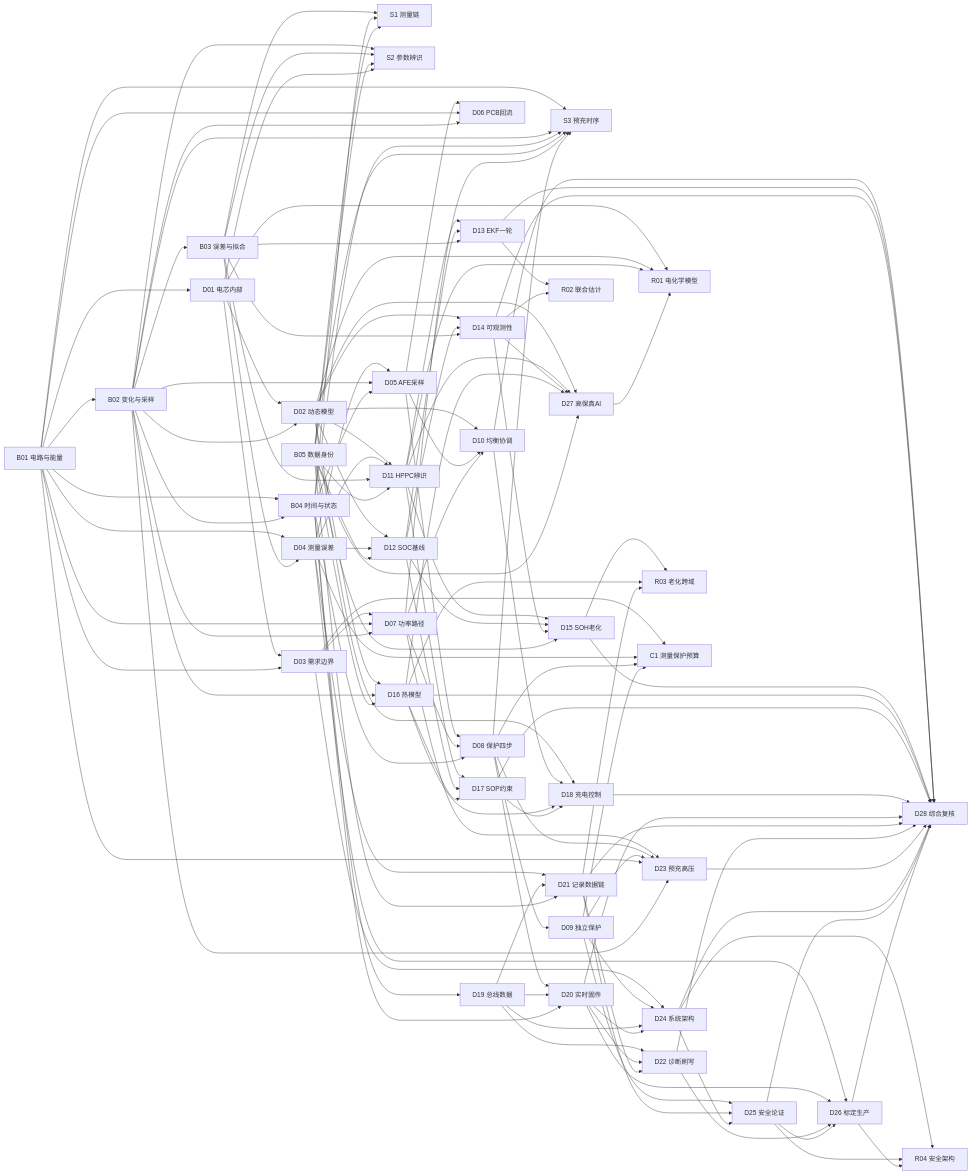
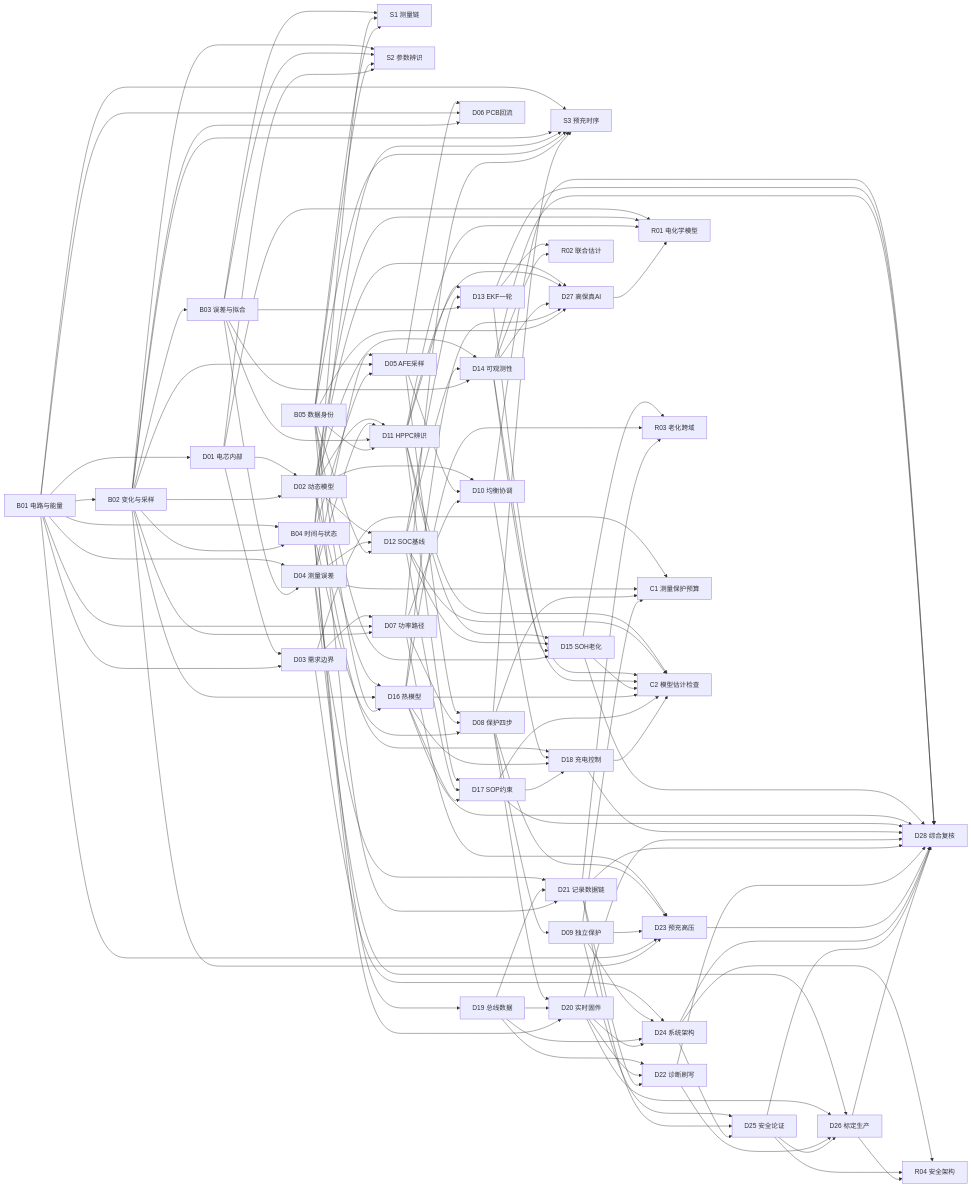
The diagram in bms-book/engineering/P1-先修最小包.md (zhuguang-ZFG/BMS-Z), drawn with Mermaid before and after one commit. The commit also changed 113 other files, not shown here.

First line of the commit message:
feat(p4): D13-D20 完整单元、handraw 插图两波嵌入与图文错配修复（待审）

````diff
--- a/bms-book/engineering/P1-先修最小包.md
+++ b/bms-book/engineering/P1-先修最小包.md
@@ -173,4 +173,12 @@
   D04 --> C1
   D08 --> C1
   D09 --> C1
+  D11 --> C2[C2 模型估计检查]
+  D12 --> C2
+  D13 --> C2
+  D14 --> C2
+  D15 --> C2
+  D16 --> C2
+  D17 --> C2
+  D18 --> C2
 ```
````
